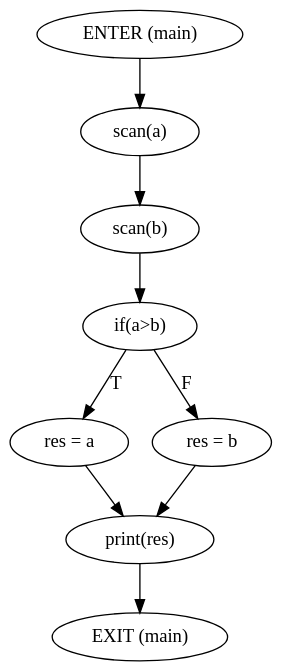
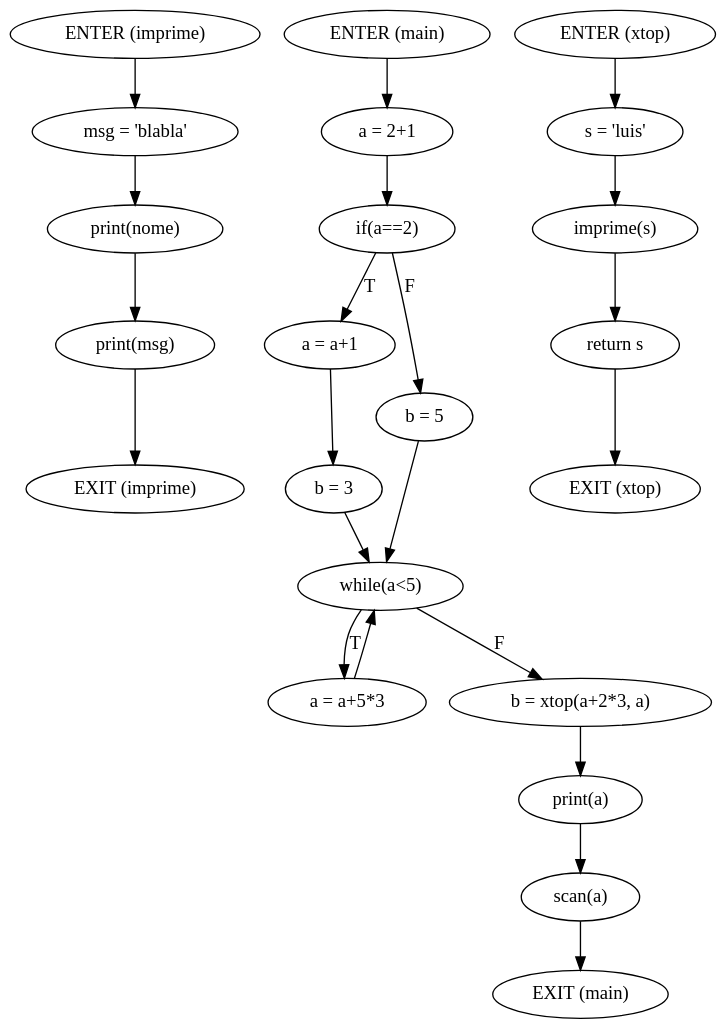
One commit to MiguelCosta/ATS changed the diagram in Final/Cmb/WebSite/Gramatica/output/cfg.gv. Above: the diagram before and after it, drawn with Graphviz. The commit also changed 162 other files, not shown here.

```diff
--- a/Final/Cmb/WebSite/Gramatica/output/cfg.gv
+++ b/Final/Cmb/WebSite/Gramatica/output/cfg.gv
@@ -1,11 +1,24 @@
 digraph mainmap {
 graph [bgcolor=transparent];
-"ENTER (main)" -> "scan(a)";
-	"scan(a)" -> "scan(b)";
-	"scan(b)" -> "if(a>b)";
-	"if(a>b)" -> "res = a"[label="T"];
-	"if(a>b)" -> "res = b"[label="F"];
-	"res = a" -> "print(res)";
-	"res = b" -> "print(res)";
-	"print(res)" -> "EXIT (main)";
+"ENTER (imprime)" -> "msg = 'blabla'";
+	"msg = 'blabla'" -> "print(nome)";
+	"print(nome)" -> "print(msg)";
+	"print(msg)" -> "EXIT (imprime)";
+	"ENTER (main)" -> "a = 2+1";
+	"a = 2+1" -> "if(a==2)";
+	"if(a==2)" -> "a = a+1"[label="T"];
+	"if(a==2)" -> "b = 5"[label="F"];
+	"a = a+1" -> "b = 3";
+	"b = 3" -> "while(a<5)";
+	"b = 5" -> "while(a<5)";
+	"while(a<5)" -> "a = a+5*3"[label="T"];
+	"while(a<5)" -> "b = xtop(a+2*3, a)"[label="F"];
+	"a = a+5*3" -> "while(a<5)";
+	"b = xtop(a+2*3, a)" -> "print(a)";
+	"print(a)" -> "scan(a)";
+	"scan(a)" -> "EXIT (main)";
+	"ENTER (xtop)" -> "s = 'luis'";
+	"s = 'luis'" -> "imprime(s)";
+	"imprime(s)" -> "return s";
+	"return s" -> "EXIT (xtop)";
 	}
```
